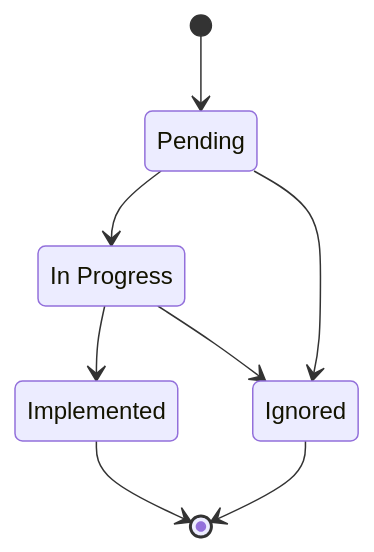
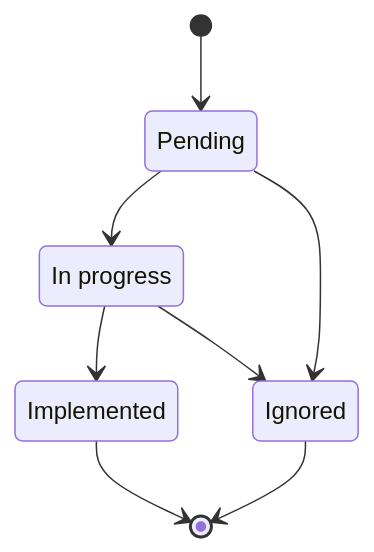
One commit to nhat-tranvan/docs changed the diagram in guide/cost-optimization/recommendations.mdx. Above: the diagram before and after it, drawn with Mermaid. The commit also changed other lines of this file and 895 other files, not shown here.

````diff
--- a/guide/cost-optimization/recommendations.mdx
+++ b/guide/cost-optimization/recommendations.mdx
@@ -91,11 +89,11 @@
 ```mermaid
 stateDiagram-v2
-    state "In Progress" as InProgress
+    state "In progress" as InProgress
     [*] --> Pending
     Pending --> InProgress
     Pending --> Ignored
     InProgress --> Implemented
     InProgress --> Ignored
     Implemented --> [*]
     Ignored --> [*]
 ```
````
